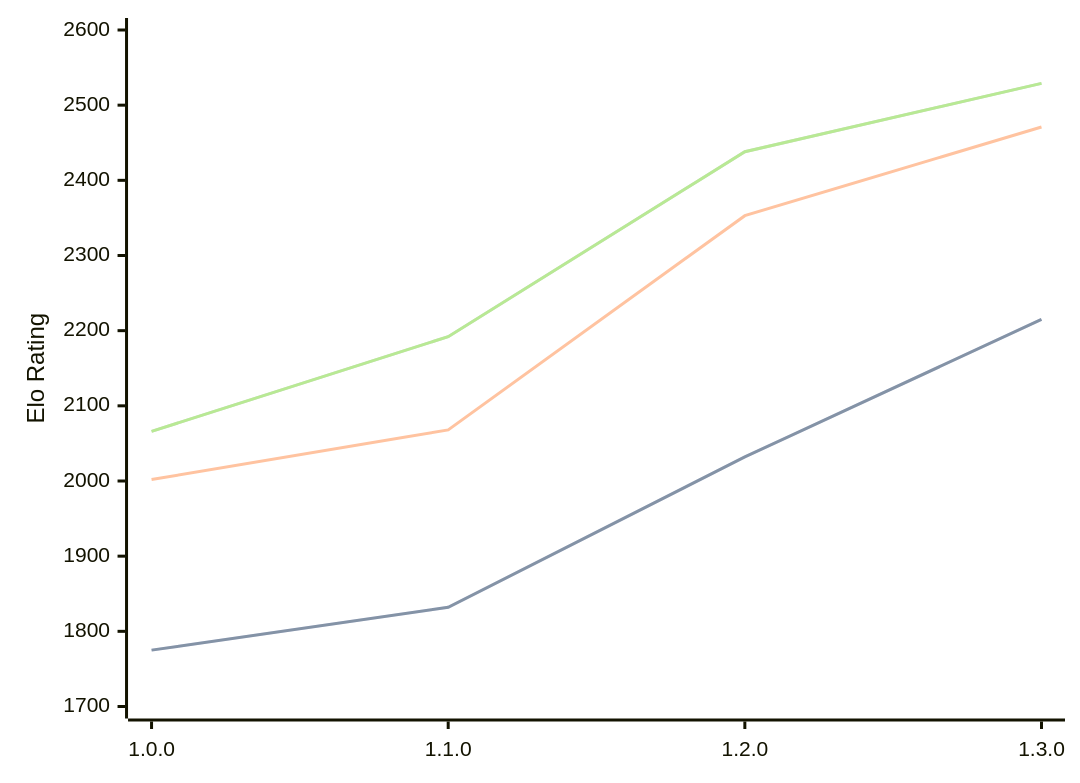
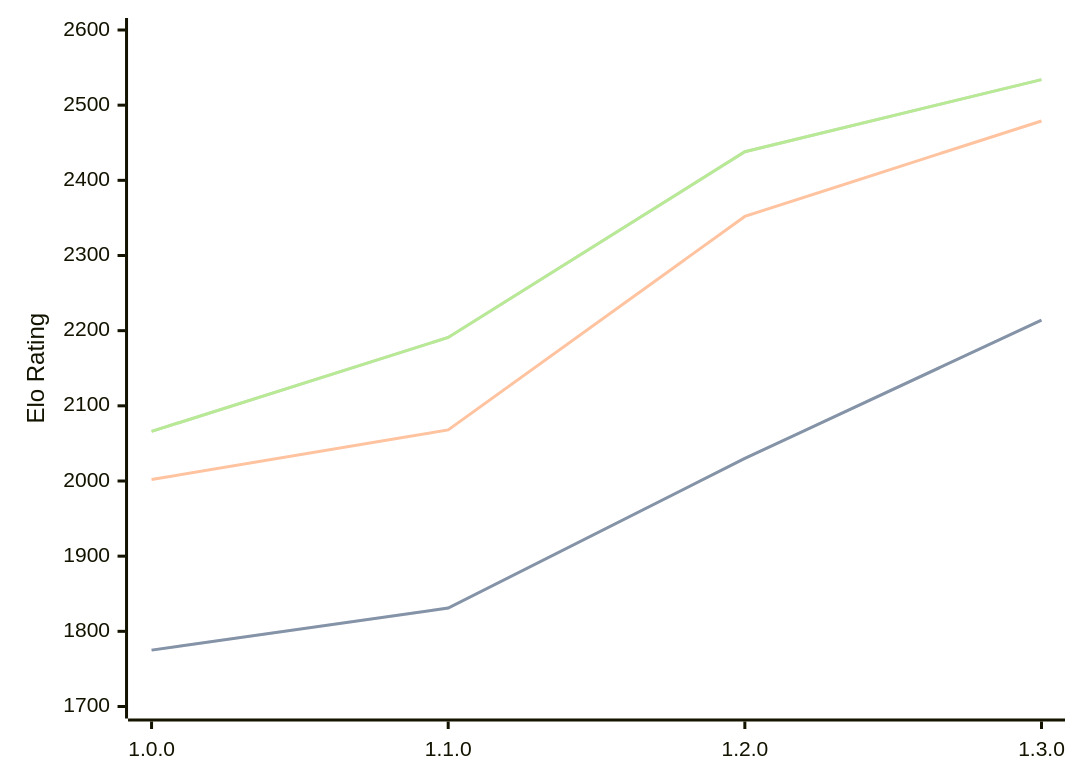
Before and after one commit to computer-chess-index/cci: the diagram in engines/Anodos.md, drawn with Mermaid. The commit also changed other lines of this file, not shown here.

Commit message:
Update CCI Ratings (ELO VLTC) - 2026-03-16

````diff
--- a/engines/Anodos.md
+++ b/engines/Anodos.md
@@ -43,11 +43,11 @@
 ```mermaid
 %%{init: {"theme":"base","themeVariables":{"seriesColors:['#a3a3a3','#222221','#faa371']}}}%%
 xychart-beta
   x-axis ["1.0.0", "1.1.0", "1.2.0", "1.3.0"]
   y-axis "Elo Rating" 1700 --> 2600
-  line "STC (8.0+0.08s)" [1775, 1832, 2032, 2215]
-  line "STC (8.0+0.08s)" [1775, 1832, 2032, 2215]
-  line "LTC (60.0+0.60s)" [2002, 2068, 2353, 2471]
-  line "VLTC (2m24s+1.12s)" [2066, 2192, 2438, 2529]
-  line "VLTC (2m24s+1.12s)" [2066, 2192, 2438, 2529]
+  line "STC (8.0+0.08s)" [1775, 1831, 2030, 2214]
+  line "STC (8.0+0.08s)" [1775, 1831, 2030, 2214]
+  line "LTC (60.0+0.60s)" [2002, 2068, 2352, 2479]
+  line "VLTC (2m24s+1.12s)" [2066, 2191, 2438, 2534]
+  line "VLTC (2m24s+1.12s)" [2066, 2191, 2438, 2534]
 ```
````
